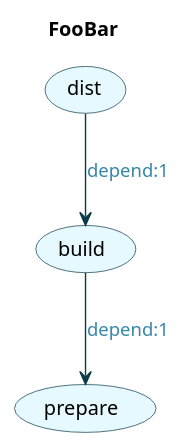
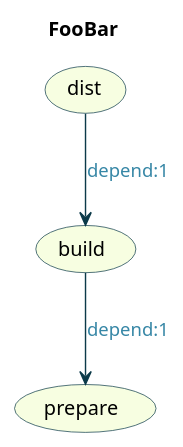
Before and after one commit to jawira/phing-visualizer: the diagram in resources/puml/phing-doc.puml, drawn with PlantUML. The commit also changed 13 other files, not shown here.

```diff
--- a/resources/puml/phing-doc.puml
+++ b/resources/puml/phing-doc.puml
@@ -1,19 +1,19 @@
 @startuml
 
 title FooBar
 skinparam Arrow {
     Color #0C3A49
     FontColor #3787A6
 }
 skinparam Usecase {
-    BackgroundColor #E6F9FE
+    BackgroundColor #F7FEE1
     BorderColor #0C3A49
 }
 
 (prepare)
 (build)
 (dist)
 
 (build) --> (prepare) : depend:1
 (dist) --> (build) : depend:1
 @enduml
```
